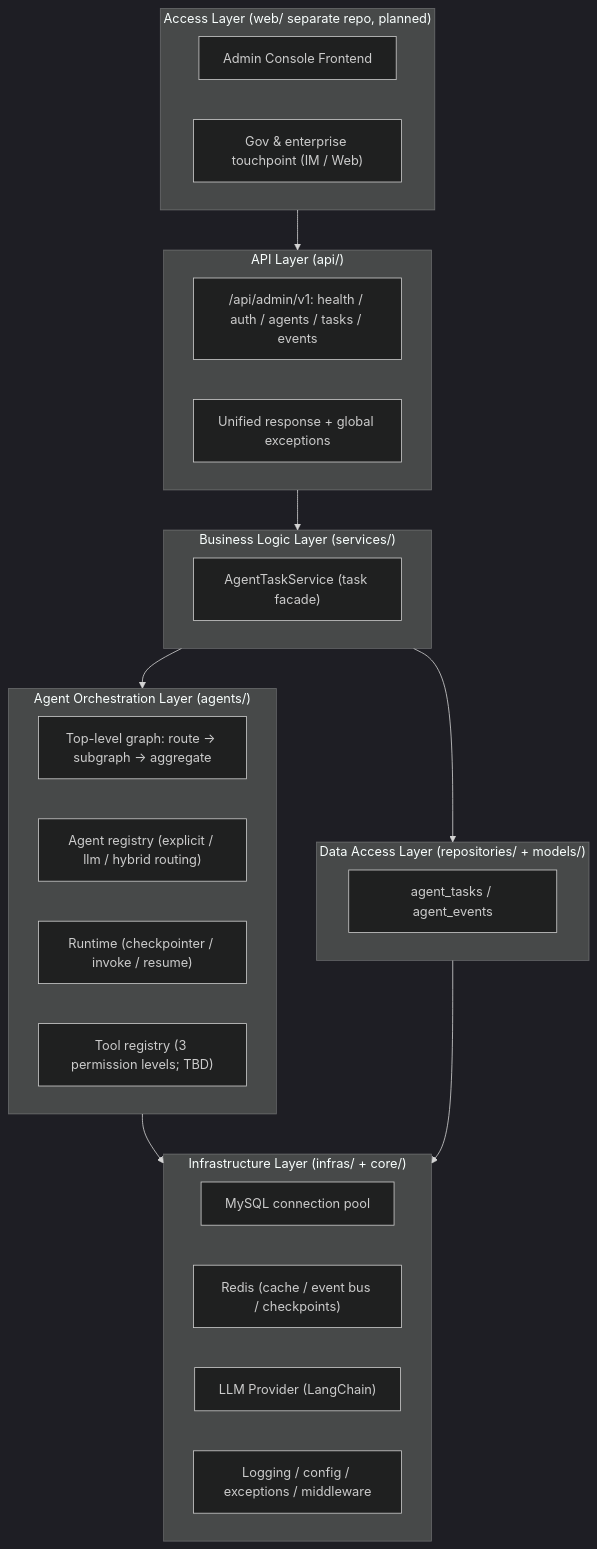
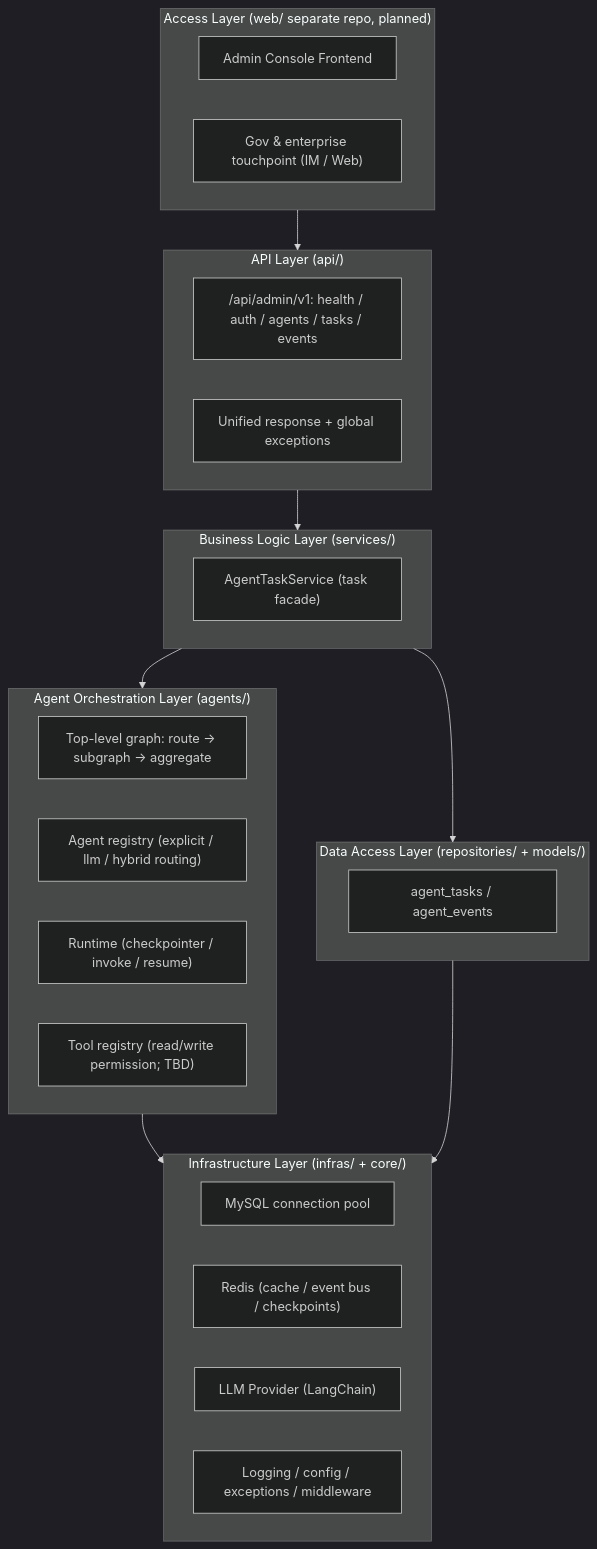
Before and after one commit to chain-engine/x-BeiChen: the first of 3 diagrams in server/README.en.md, drawn with Mermaid (dark theme). The commit also changed other lines of this file and 4 other files, not shown here.

````diff
--- a/server/README.en.md
+++ b/server/README.en.md
@@ -208,39 +208,39 @@
 ```mermaid
 flowchart TB
     subgraph Web["Access Layer (web/ separate repo, planned)"]
         W1["Admin Console Frontend"]
         W2["Gov & enterprise touchpoint (IM / Web)"]
     end
 
     subgraph API["API Layer (api/)"]
         A1["/api/admin/v1: health / auth / agents / tasks / events"]
         A2["Unified response + global exceptions"]
     end
 
     subgraph ORCH["Agent Orchestration Layer (agents/)"]
         C1["Top-level graph: route → subgraph → aggregate"]
         C2["Agent registry (explicit / llm / hybrid routing)"]
         C3["Runtime (checkpointer / invoke / resume)"]
-        C4["Tool registry (3 permission levels; TBD)"]
+        C4["Tool registry (read/write permission; TBD)"]
     end
 
     subgraph BIZ["Business Logic Layer (services/)"]
         D1["AgentTaskService (task facade)"]
     end
 
     subgraph DATA["Data Access Layer (repositories/ + models/)"]
         E1["agent_tasks / agent_events"]
     end
 
     subgraph INFRA["Infrastructure Layer (infras/ + core/)"]
         F1["MySQL connection pool"]
         F2["Redis (cache / event bus / checkpoints)"]
         F3["LLM Provider (LangChain)"]
         F4["Logging / config / exceptions / middleware"]
     end
 
     Web --> API --> BIZ --> DATA
     BIZ --> ORCH
     ORCH --> INFRA
     DATA --> INFRA
 ```
````
